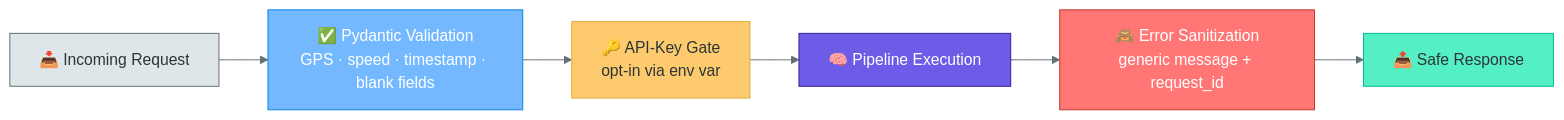
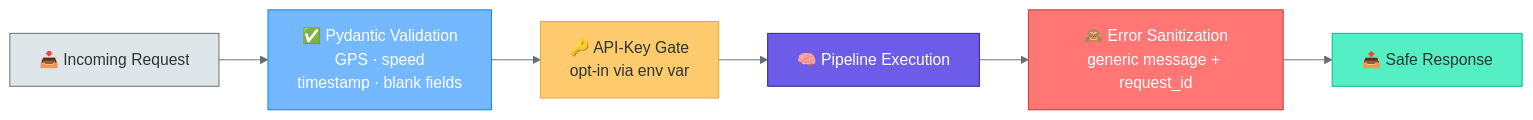
One commit to couder-04/NeuralAuth changed diagram 12 of 15 in README.md. Above: the diagram before and after it, drawn with Mermaid. The commit also changed other lines of this file, not shown here.

````diff
--- a/README.md
+++ b/README.md
@@ -532,16 +532,16 @@
 ```mermaid
 %%{init: {'theme':'base', 'themeVariables': {'primaryColor':'#e17055','primaryTextColor':'#fff','primaryBorderColor':'#a84832','lineColor':'#636e72'}}}%%
 flowchart LR
-    R["📥 Incoming Request"] --> V["✅ Pydantic Validation\nGPS · speed · timestamp · blank fields"]
-    V --> K["🔑 API-Key Gate\nopt-in via env var"]
+    R["📥 Incoming Request"] --> V["✅ Pydantic Validation<br/>GPS · speed<br/>timestamp · blank fields"]
+    V --> K["🔑 API-Key Gate<br/>opt-in via env var"]
     K --> P["🧠 Pipeline Execution"]
-    P --> E["🙈 Error Sanitization\ngeneric message + request_id"]
+    P --> E["🙈 Error Sanitization<br/>generic message + request_id"]
     E --> Out["📤 Safe Response"]
 
     style R fill:#dfe6e9,stroke:#636e72,color:#2d3436
     style V fill:#74b9ff,stroke:#0984e3,color:#fff
     style K fill:#fdcb6e,stroke:#e1a83c,color:#2d3436
     style P fill:#6c5ce7,stroke:#341f97,color:#fff
     style E fill:#ff7675,stroke:#c0392b,color:#fff
     style Out fill:#55efc4,stroke:#00b894,color:#2d3436
 ```
````
